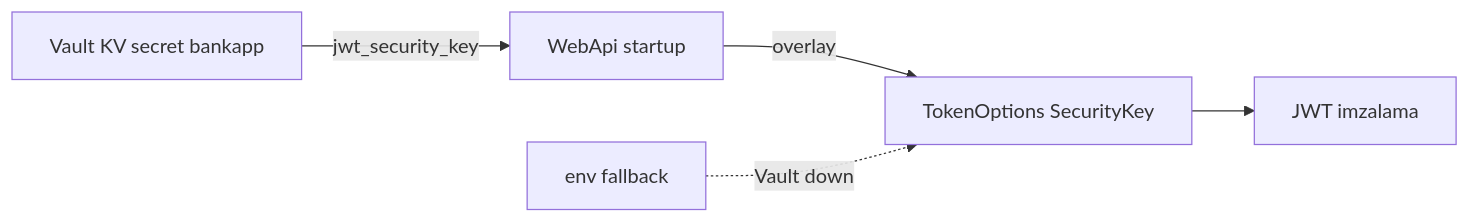
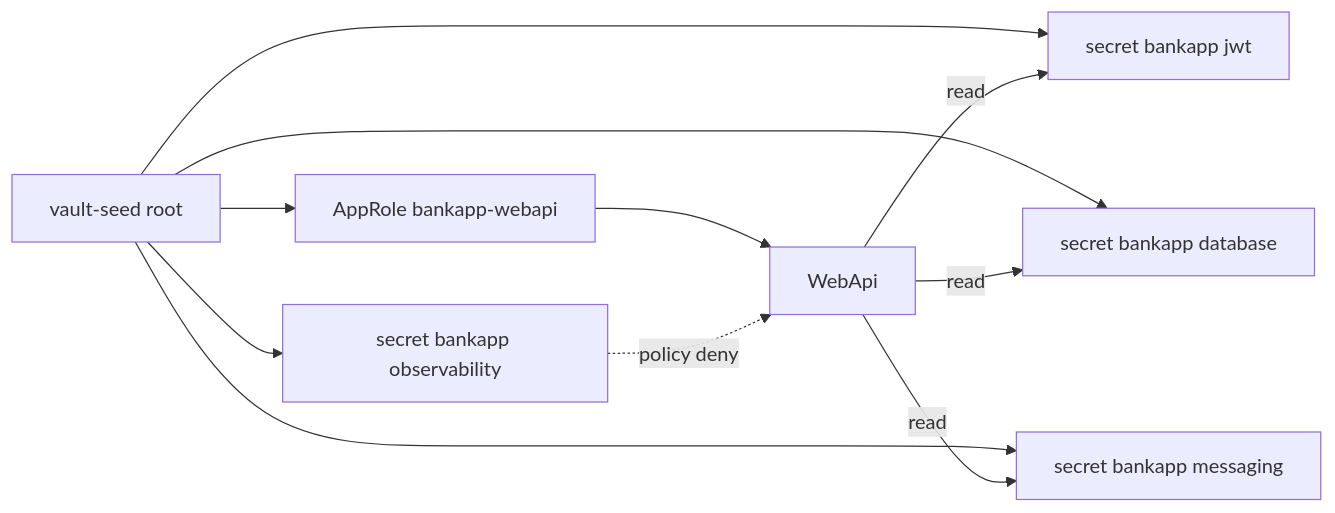
Before and after one commit to fdeniz07/BankApp: the first of 2 diagrams in docs/learning/tr/19-vault-lab.md, drawn with Mermaid. The commit also changed other lines of this file and 6 other files, not shown here.

First line of the commit message:
doc: Document Vault AppRole and split KV paths

````diff
--- a/docs/learning/tr/19-vault-lab.md
+++ b/docs/learning/tr/19-vault-lab.md
@@ -14,7 +14,13 @@
 ```mermaid
 flowchart LR
-  V["Vault KV secret bankapp"] -->|"jwt_security_key"| W["WebApi startup"]
-  W -->|"overlay"| C["TokenOptions SecurityKey"]
-  C --> JWT["JWT imzalama"]
-  ENV["env fallback"] -.->|"Vault down"| C
+  seed["vault-seed root"] --> jwtPath["secret bankapp jwt"]
+  seed --> dbPath["secret bankapp database"]
+  seed --> mqPath["secret bankapp messaging"]
+  seed --> obsPath["secret bankapp observability"]
+  seed --> role["AppRole bankapp-webapi"]
+  role --> api["WebApi"]
+  api -->|"read"| jwtPath
+  api -->|"read"| dbPath
+  api -->|"read"| mqPath
+  obsPath -.->|"policy deny"| api
 ```
````
